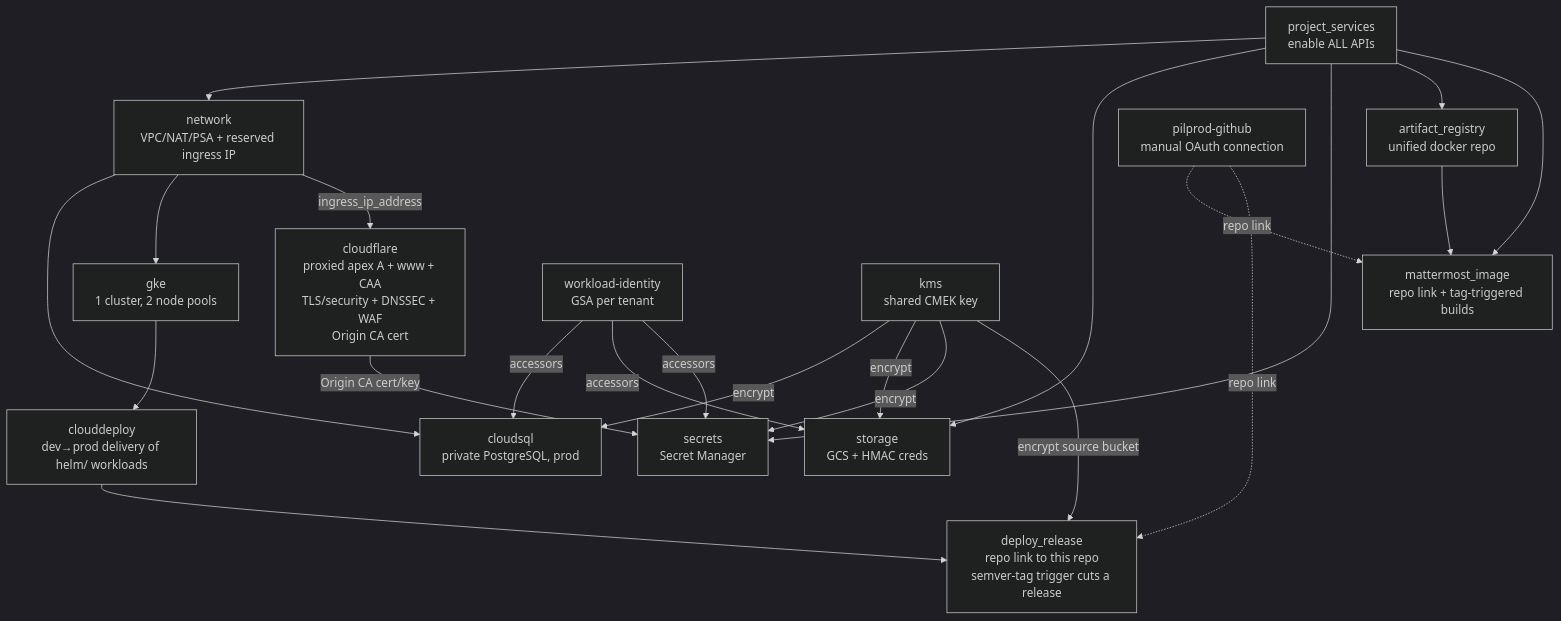
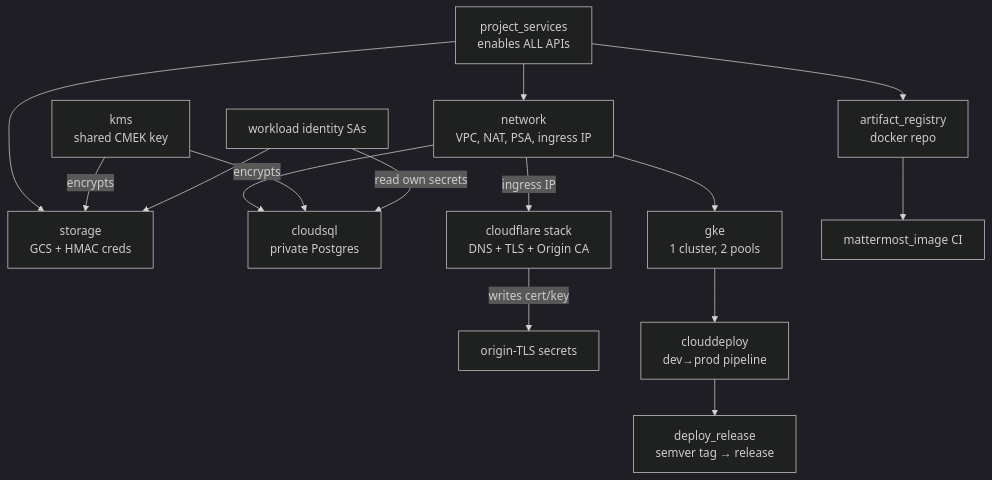
One commit to pilprod/yourown-chat changed the second of 2 diagrams in README.md. Above: the diagram before and after it, drawn with Mermaid (dark theme). The commit also changed other lines of this file and 3 other files, not shown here.

````diff
--- a/README.md
+++ b/README.md
@@ -641,25 +59,17 @@
 ```mermaid
 graph TD
-  PS[project_services<br/>enable ALL APIs] --> NET[network<br/>VPC/NAT/PSA + reserved ingress IP]
+  PS[project_services<br/>enables ALL APIs] --> NET[network<br/>VPC, NAT, PSA, ingress IP]
   PS --> STO[storage<br/>GCS + HMAC creds]
-  PS --> SEC[secrets<br/>Secret Manager]
-  PS --> AR[artifact_registry<br/>unified docker repo]
-  PS --> IMG[mattermost_image<br/>repo link + tag-triggered builds]
-  AR --> IMG
-  NET --> SQL[cloudsql<br/>private PostgreSQL, prod]
-  NET --> GKE[gke<br/>1 cluster, 2 node pools]
-  NET -->|ingress_ip_address| CF[cloudflare<br/>proxied apex A + www + CAA<br/>TLS/security + DNSSEC + WAF<br/>Origin CA cert]
-  WI[workload-identity<br/>GSA per tenant]
-  WI -->|accessors| SQL
-  WI -->|accessors| STO
-  WI -->|accessors| SEC
-  KMS[kms<br/>shared CMEK key] -->|encrypt| SQL
-  KMS -->|encrypt| STO
-  KMS -->|encrypt| SEC
-  GKE --> CD[clouddeploy<br/>dev→prod delivery of helm/ workloads]
-  CF -->|Origin CA cert/key| SEC
-  CD --> DR[deploy_release<br/>repo link to this repo<br/>semver-tag trigger cuts a release]
-  CONN[pilprod-github<br/>manual OAuth connection] -.->|repo link| IMG
-  CONN -.->|repo link| DR
-  KMS -->|encrypt source bucket| DR
+  PS --> AR[artifact_registry<br/>docker repo]
+  NET --> SQL[cloudsql<br/>private Postgres]
+  NET --> GKE[gke<br/>1 cluster, 2 pools]
+  KMS[kms<br/>shared CMEK key] -->|encrypts| SQL
+  KMS -->|encrypts| STO
+  WI[workload identity SAs] -->|read own secrets| SQL
+  WI --> STO
+  NET -->|ingress IP| CF[cloudflare stack<br/>DNS + TLS + Origin CA]
+  CF -->|writes cert/key| OSEC[origin-TLS secrets]
+  GKE --> CD[clouddeploy<br/>dev→prod pipeline]
+  AR --> IMG[mattermost_image CI]
+  CD --> DR[deploy_release<br/>semver tag → release]
 ```
````
